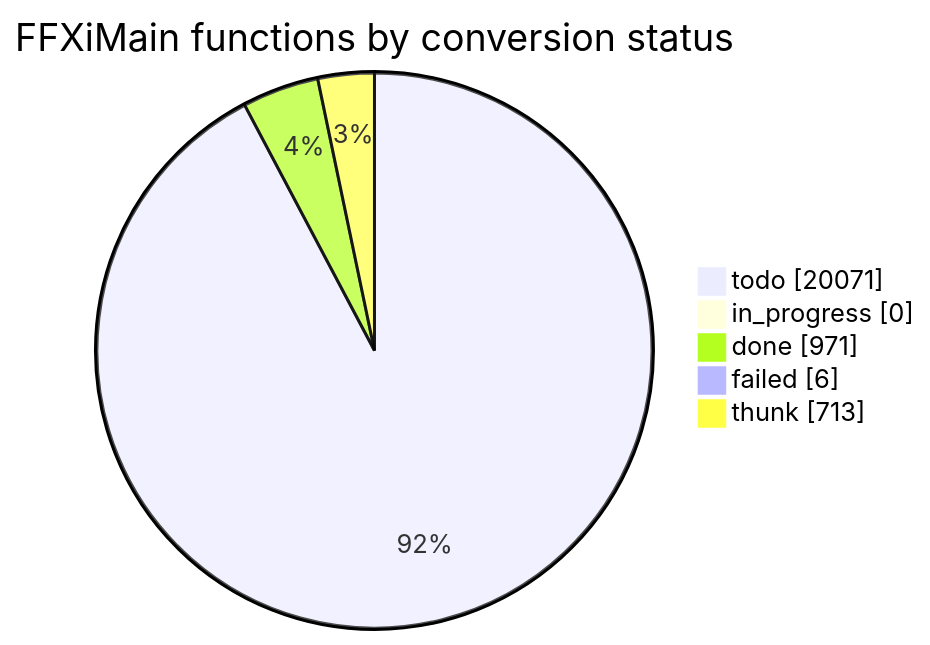
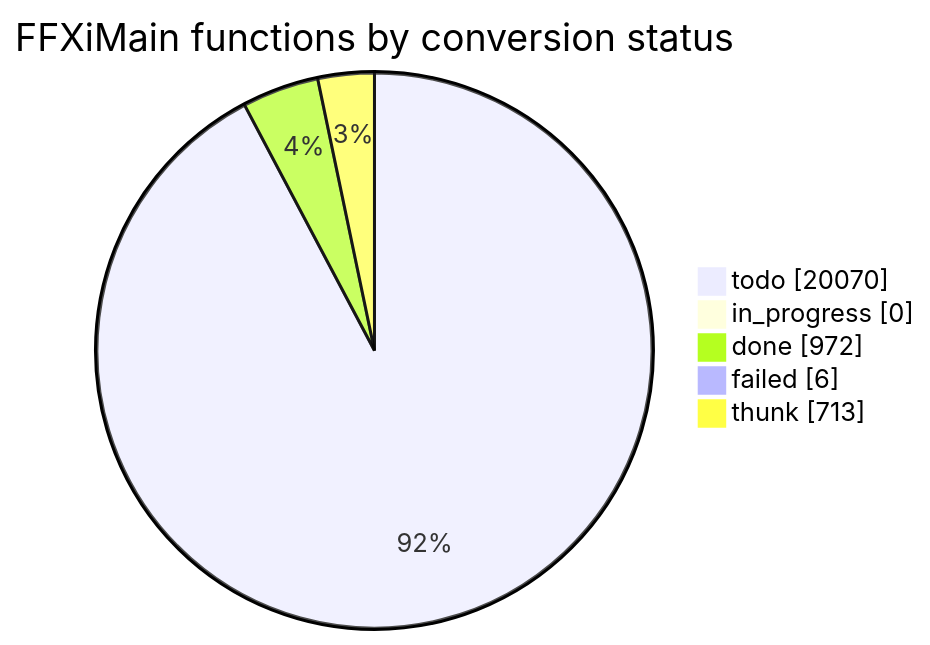
One commit to cowrevenge/cow_kuluu_xi_anything changed the diagram in docs/cow/STATUS.md. Above: the diagram before and after it, drawn with Mermaid. The commit also changed other lines of this file and 12 other files, not shown here.

````diff
--- a/docs/cow/STATUS.md
+++ b/docs/cow/STATUS.md
@@ -18,9 +18,9 @@
 ```mermaid
 pie showData
     title FFXiMain functions by conversion status
-    "todo" : 20071
+    "todo" : 20070
     "in_progress" : 0
-    "done" : 971
+    "done" : 972
     "failed" : 6
     "thunk" : 713
 ```
````
